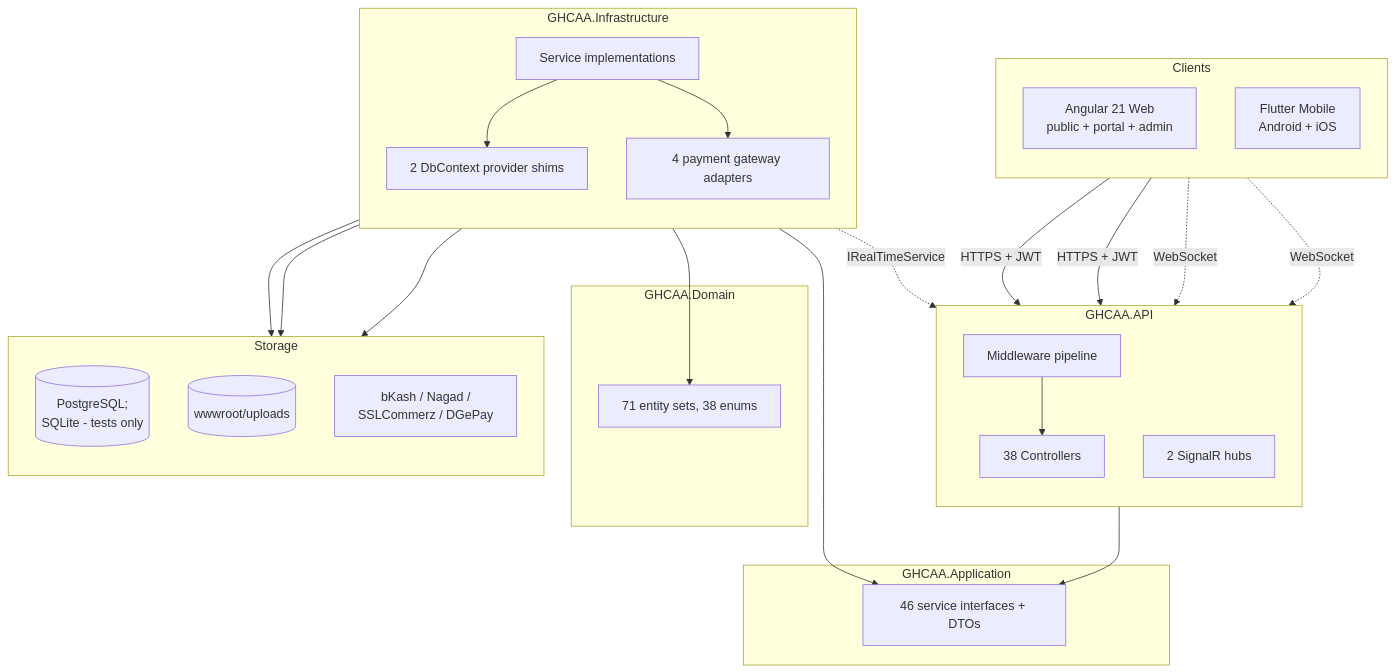
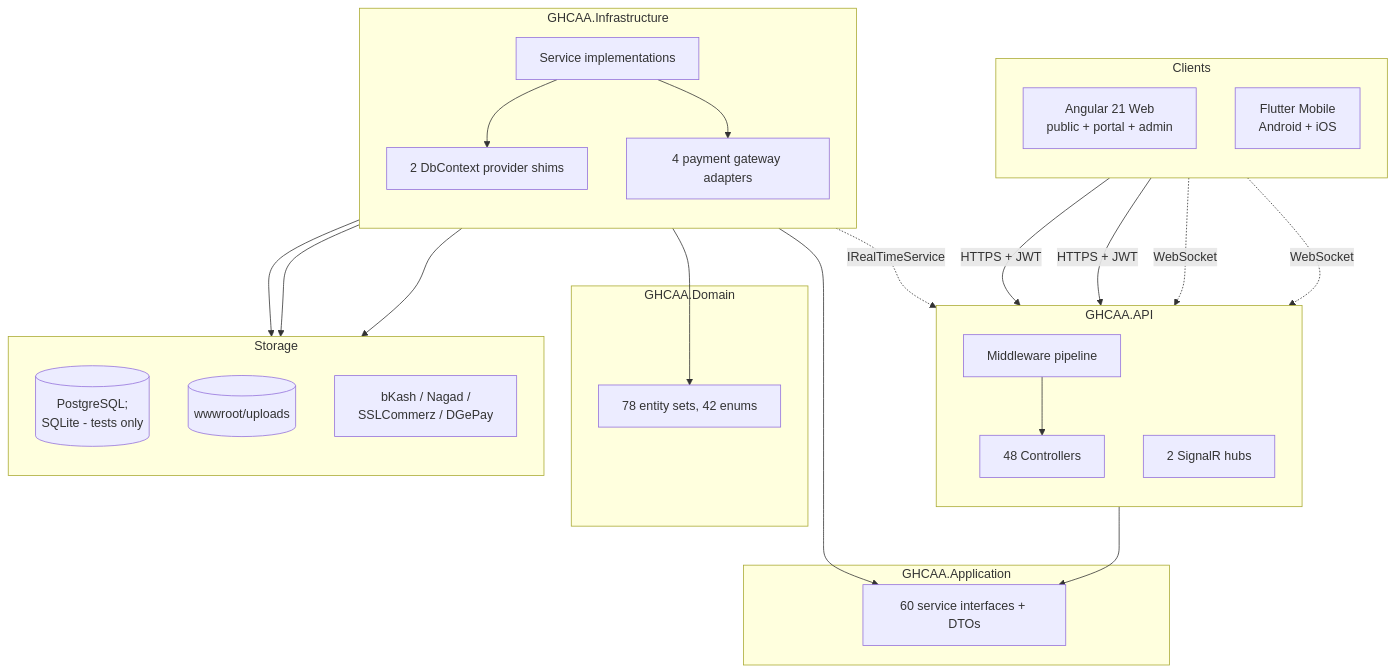
Before and after one commit to shalin-rahman/GHCAA: the first of 13 diagrams in docs/book/06-architecture.md, drawn with Mermaid. The commit also changed other lines of this file and 546 other files, not shown here.

````diff
--- a/docs/book/06-architecture.md
+++ b/docs/book/06-architecture.md
@@ -624,44 +624,44 @@
 ```mermaid
 flowchart TB
     subgraph Clients
       direction TB
       WEB[Angular 21 Web<br/>public + portal + admin]
       MOB[Flutter Mobile<br/>Android + iOS]
     end
     subgraph API_L["GHCAA.API"]
       direction TB
       MW[Middleware pipeline]
-      CTRL[38 Controllers]
+      CTRL[48 Controllers]
       HUB[2 SignalR hubs]
     end
     subgraph APP_L["GHCAA.Application"]
-      IFACE[46 service interfaces + DTOs]
+      IFACE[60 service interfaces + DTOs]
     end
     subgraph INF_L["GHCAA.Infrastructure"]
       direction TB
       SVC[Service implementations]
       GW[4 payment gateway adapters]
       DBC[2 DbContext provider shims]
     end
     subgraph DOM_L["GHCAA.Domain"]
-      ENT[71 entity sets, 38 enums]
+      ENT[78 entity sets, 42 enums]
     end
     subgraph STORE["Storage"]
       direction TB
       DB[(PostgreSQL;<br/>SQLite - tests only)]
       FS[(wwwroot/uploads)]
       EXT[bKash / Nagad /<br/>SSLCommerz / DGePay]
     end
     WEB -->|HTTPS + JWT| MW
     MOB -->|HTTPS + JWT| MW
     WEB -.->|WebSocket| HUB
     MOB -.->|WebSocket| HUB
     MW --> CTRL --> IFACE
     SVC --> IFACE
     SVC --> ENT
     SVC --> DBC --> DB
     SVC --> FS
     GW --> EXT
     SVC --> GW
     SVC -.->|IRealTimeService| HUB
 ```
````
